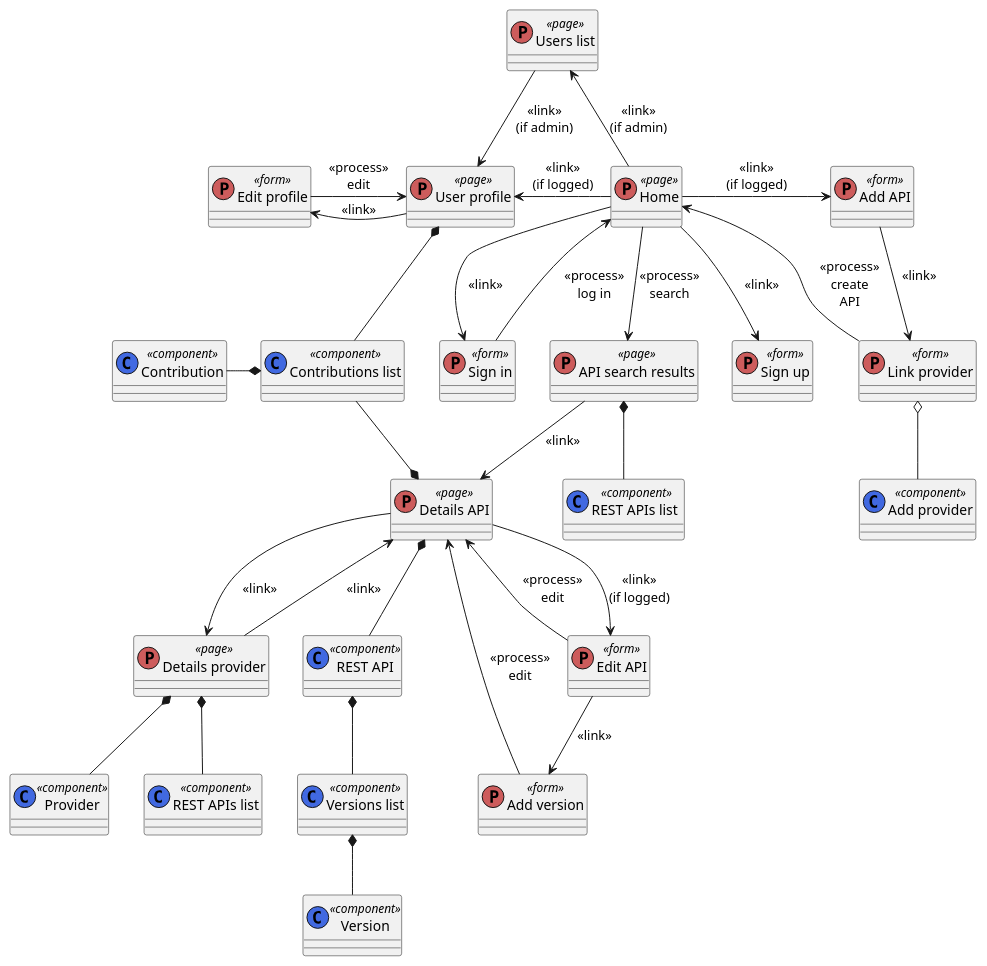
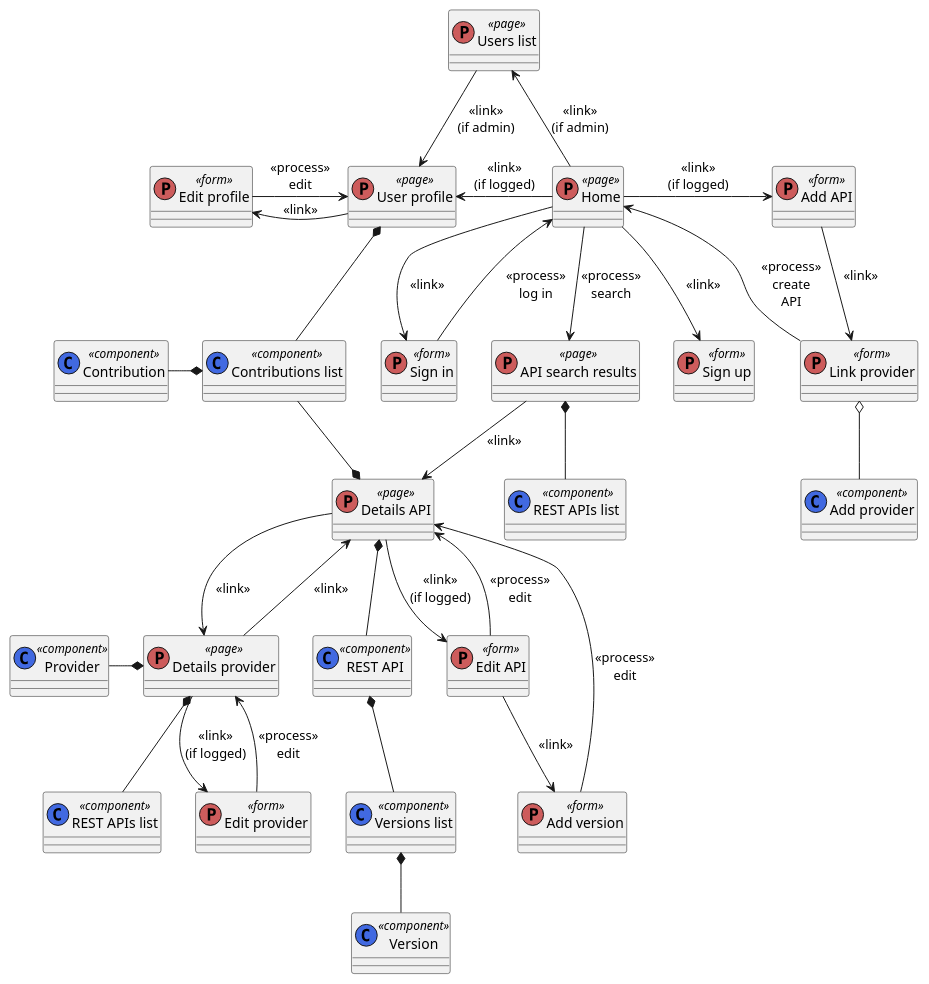
The diagram in doc/dn.plantuml (tonen100/TFM_Front_RepositorioServiciosWebEnriquecidos), drawn with PlantUML before and after one commit. The commit also changed 1 other file, not shown here.

Commit message:
Actualizacion diagrama de navegacion

```diff
--- a/doc/dn.plantuml
+++ b/doc/dn.plantuml
@@ -1,55 +1,57 @@
 @startuml
 class "Home" <<(P,IndianRed) page>>
 class "API search results" <<(P,IndianRed) page>>
 class "Details API" <<(P,IndianRed) page>>
 class "Sign up" <<(P,IndianRed) form>>
 class "Sign in" <<(P,IndianRed) form>>
 class "Details provider" <<(P,IndianRed) page>>
 class "REST APIs list" <<(C,RoyalBlue) component>>
 class "REST APIs list " <<(C,RoyalBlue) component>>
 class "REST API" <<(C,RoyalBlue) component>>
 class "Versions list" <<(C,RoyalBlue) component>>
 class "Version" <<(C,RoyalBlue) component>>
 class "Provider" <<(C,RoyalBlue) component>>
 class "User profile" <<(P,IndianRed) page>>
 class "Edit profile" <<(P,IndianRed) form>>
 class "Contributions list" <<(C,RoyalBlue) component>>
 class "Link provider" <<(P,IndianRed) form>>
 class "Add provider" <<(C,RoyalBlue) component>>
+class "Edit provider" <<(P,IndianRed) form>>
 class "Contribution" <<(C,RoyalBlue) component>>
 class "Add API" <<(P,IndianRed) form>>
 class "Edit API" <<(P,IndianRed) form>>
 class "Add version" <<(P,IndianRed) form>>
-class "Users list" <<(P,IndianRed) page>>
 class "Users list" <<(P,IndianRed) page>>
 
 "Home" --> "API search results": <<process>>\nsearch
 "Home" --> "Sign up": <<link>>
 "Home" --> "Sign in": <<link>>
 "Sign in" --> "Home": <<process>>\nlog in
 "Home" -left-> "User profile": <<link>>\n(if logged)
 "User profile" -left-> "Edit profile": <<link>>
 "Edit profile" -right-> "User profile": <<process>>\nedit
 "User profile" *-- "Contributions list"
 "Home" -right-> "Add API": <<link>>\n(if logged)
 "Add API" --> "Link provider": <<link>>\n
 "Link provider" o-- "Add provider"
 "Link provider" --> "Home": <<process>>\ncreate\nAPI
 "API search results" --> "Details API": <<link>>
 "API search results" *-- "REST APIs list "
 "Details API" --> "Details provider": <<link>>
 "Details API" *-- "REST API"
 "Details API" --> "Edit API": <<link>>\n(if logged)
 "Edit API" --> "Details API": <<process>>\nedit
 "Edit API" --> "Add version": <<link>>
 "Add version" --> "Details API": <<process>>\nedit
 "Details API" *-up- "Contributions list"
 "REST API" *-- "Versions list"
 "Versions list" *-- "Version"
 "Contributions list" *-left- "Contribution"
-"Details provider" *-- "Provider"
+"Details provider" *-left- "Provider"
 "Details provider" *-- "REST APIs list"
 "Details provider" --> "Details API": <<link>>
+"Details provider" --> "Edit provider": <<link>>\n(if logged)
+"Edit provider" --> "Details provider": <<process>>\nedit
 "Home" -up-> "Users list": <<link>>\n(if admin)
 "Users list" --> "User profile": <<link>>\n(if admin)
 @enduml
```
